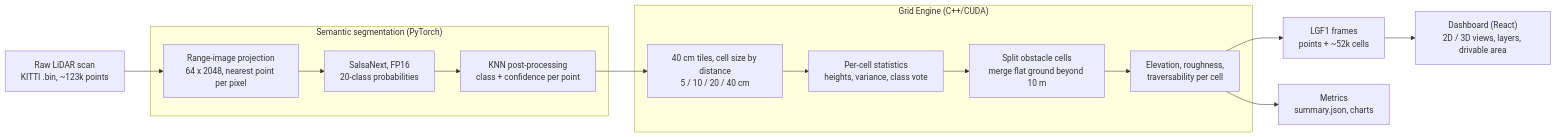
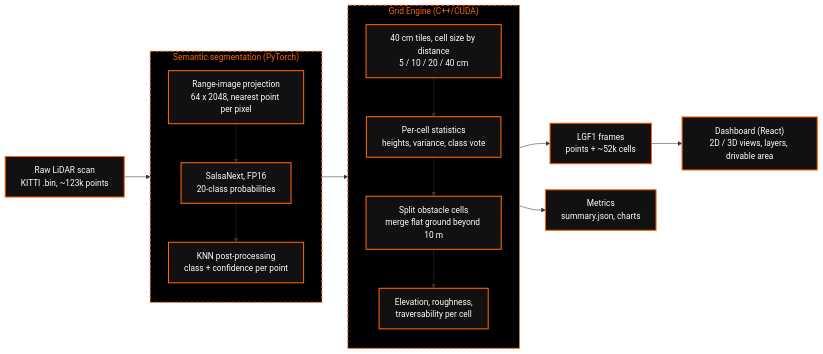
The first of 2 diagrams in README.md (point-matrix/AS2.5LM), drawn with Mermaid before and after one commit. The commit also changed other lines of this file, not shown here.

````diff
--- a/README.md
+++ b/README.md
@@ -30,21 +30,27 @@
 ```mermaid
 flowchart LR
-    A["Raw LiDAR scan<br/>KITTI .bin, ~123k points"] --> B
+    classDef default fill:#111111,stroke:#FF6600,stroke-width:2px,color:#FFFFFF;
+    style SEG fill:#000000,stroke:#FF6600,stroke-width:2px,color:#FF6600,stroke-dasharray: 5 5;
+    style GRID fill:#000000,stroke:#FF6600,stroke-width:2px,color:#FF6600,stroke-dasharray: 5 5;
+
+    A["Raw LiDAR scan<br/>KITTI .bin, ~123k points"] --> SEG
 
     subgraph SEG["Semantic segmentation (PyTorch)"]
+        direction TB
         B["Range-image projection<br/>64 x 2048, nearest point per pixel"] --> C["SalsaNext, FP16<br/>20-class probabilities"]
         C --> D["KNN post-processing<br/>class + confidence per point"]
     end
 
-    D --> E
+    SEG --> GRID
 
     subgraph GRID["Grid Engine (C++/CUDA)"]
+        direction TB
         E["40 cm tiles, cell size by distance<br/>5 / 10 / 20 / 40 cm"] --> F["Per-cell statistics<br/>heights, variance, class vote"]
         F --> G["Split obstacle cells<br/>merge flat ground beyond 10 m"]
         G --> H["Elevation, roughness,<br/>traversability per cell"]
     end
 
-    H --> I["LGF1 frames<br/>points + ~52k cells"]
-    H --> K["Metrics<br/>summary.json, charts"]
+    GRID --> I["LGF1 frames<br/>points + ~52k cells"]
+    GRID --> K["Metrics<br/>summary.json, charts"]
     I --> J["Dashboard (React)<br/>2D / 3D views, layers, drivable area"]
 ```
````
